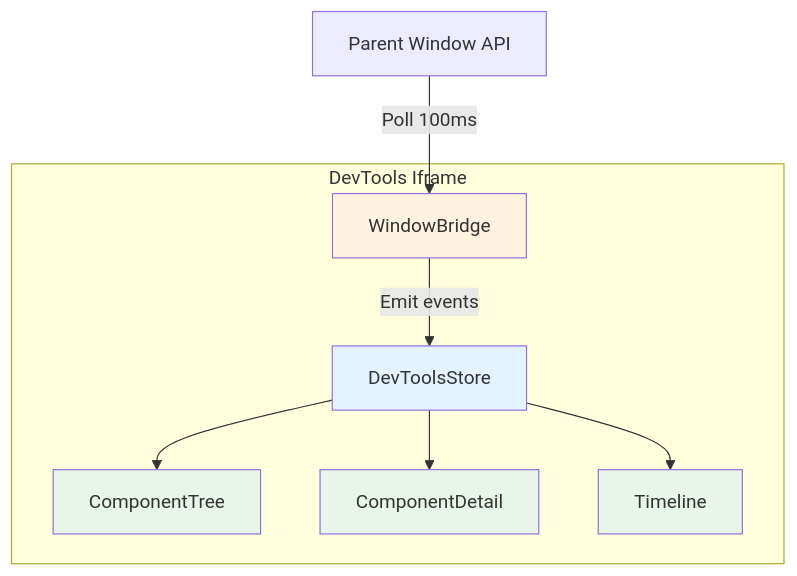
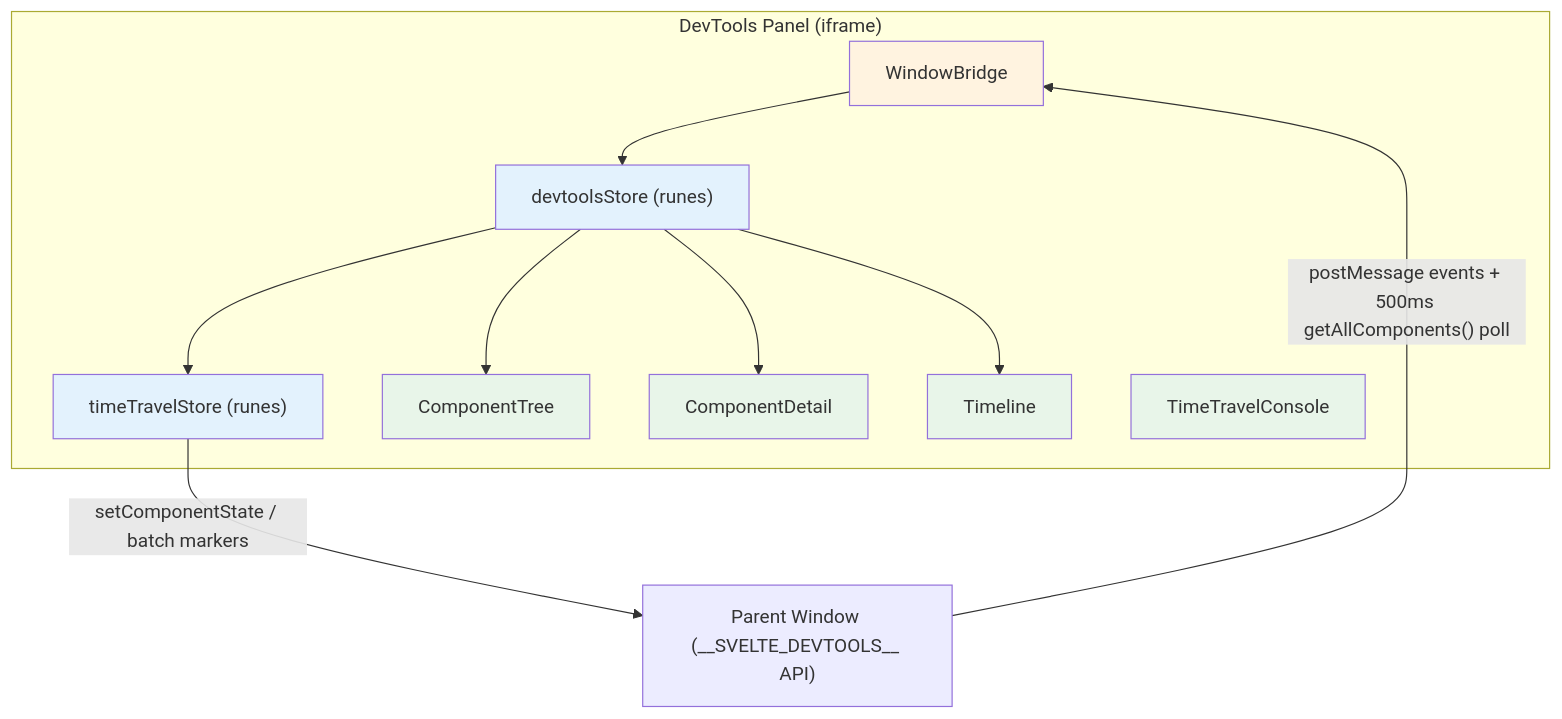
Before and after one commit to fsodano/svelte-devtools: the diagram in docs/04_client.md, drawn with Mermaid. The commit also changed other lines of this file and 26 other files, not shown here.

````diff
--- a/docs/04_client.md
+++ b/docs/04_client.md
@@ -7,26 +9,30 @@
 ```mermaid
 flowchart TB
-    subgraph Iframe["DevTools Iframe"]
+    subgraph Panel["DevTools Panel (iframe)"]
         WB["WindowBridge"]
-        Store["DevToolsStore"]
+        Store["devtoolsStore (runes)"]
+        TT["timeTravelStore (runes)"]
         CT["ComponentTree"]
         CD["ComponentDetail"]
         TL["Timeline"]
+        TTC["TimeTravelConsole"]
     end
 
-    Parent["Parent Window API"]
+    Parent["Parent Window (__SVELTE_DEVTOOLS__ API)"]
 
-    Parent -->|"Poll 100ms"| WB
-    WB -->|"Emit events"| Store
+    Parent -->|"postMessage events + 500ms getAllComponents() poll"| WB
+    WB --> Store
     Store --> CT
     Store --> CD
     Store --> TL
+    Store --> TT
+    TT -->|"setComponentState / batch markers"| Parent
 
     classDef store fill:#e3f2fd
     classDef bridge fill:#fff3e0
     classDef component fill:#e8f5e9
 
-    class Store store
+    class Store,TT store
     class WB bridge
-    class CT,CD,TL component
+    class CT,CD,TL,TTC component
 ```
````
